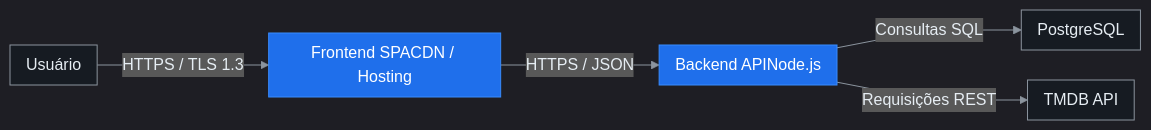
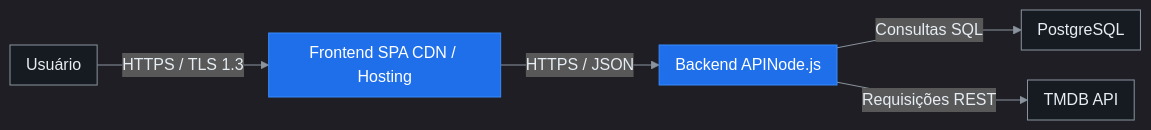
Before and after one commit to Reelstack/reelstack: the third of 7 diagrams in DOCUMENTACAO_ARQUITETURA_DE_SOFTWARE.md, drawn with Mermaid.

````diff
--- a/DOCUMENTACAO_ARQUITETURA_DE_SOFTWARE.md
+++ b/DOCUMENTACAO_ARQUITETURA_DE_SOFTWARE.md
@@ -274,35 +274,35 @@
 ```mermaid
 %%{init:{
 "theme":"dark",
 "themeVariables":{
 "background":"transparent",
 "primaryTextColor":"#e6edf3",
 "lineColor":"#8b949e"
 },
 "flowchart":{
 "curve":"linear",
 "nodeSpacing":30,
 "rankSpacing":50,
 "padding":8,
 "htmlLabels":true
 },
 "wrap": true
 }}%%
 flowchart LR
-A["Usuário"] -->|HTTPS / TLS 1.3| B["Frontend SPACDN / Hosting"]
+A["Usuário"] -->|HTTPS / TLS 1.3| B["Frontend SPA CDN / Hosting"]
 B -->|HTTPS / JSON| C["Backend APINode.js"]
 C -->|Consultas SQL| D["PostgreSQL"]
 C -->|Requisições REST| E["TMDB API"]
 %% Estilos
 classDef client fill:#161b22,stroke:#8b949e,color:#e6edf3;
 classDef fe     fill:#1f6feb,stroke:#388bfd,color:#ffffff;
 classDef api    fill:#1f6feb,stroke:#388bfd,color:#ffffff;
 classDef db     fill:#161b22,stroke:#8b949e,color:#e6edf3;
 classDef ext    fill:#161b22,stroke:#8b949e,color:#e6edf3;
 class A client
 class B fe
 class C api
 class D db
 class E ext
 linkStyle default stroke:#8b949e,stroke-width:1px,color:#e6edf3
 ```
````
